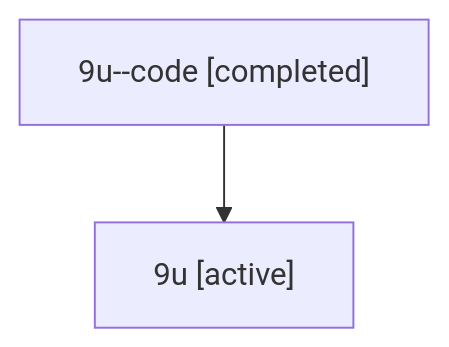
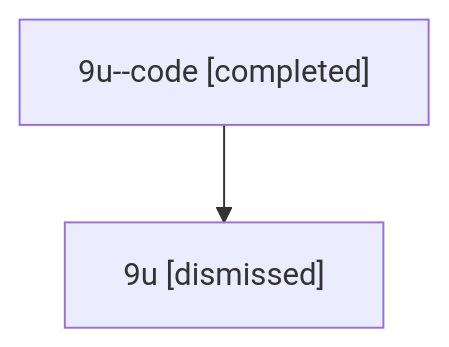
The diagram in sessions/bbugyi200.athena.9u.md (bobs-org/bob-cli--agents), drawn with Mermaid before and after one commit. The commit also changed other lines of this file and 34 other files, not shown here.

````diff
--- a/sessions/bbugyi200.athena.9u.md
+++ b/sessions/bbugyi200.athena.9u.md
@@ -9,6 +9,6 @@
 ```mermaid
 flowchart TD
   n0["9u--code [completed]"]
-  n1["9u [active]"]
+  n1["9u [dismissed]"]
   n0 --> n1
 ```
````
